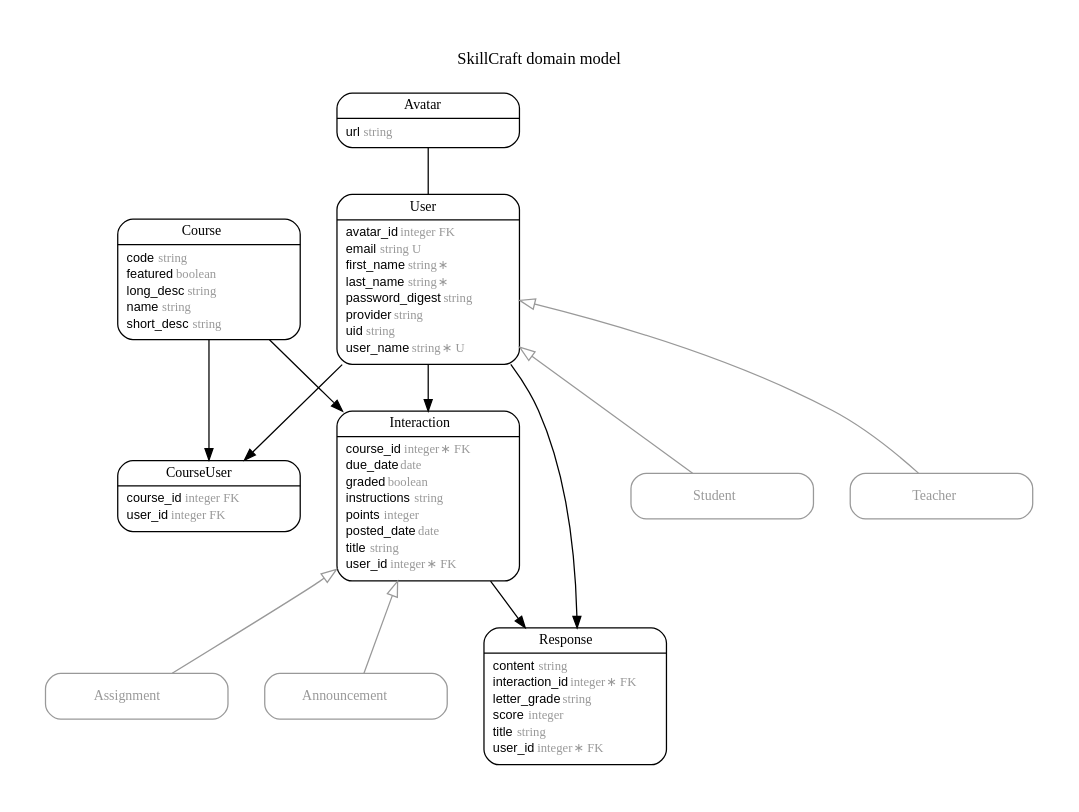
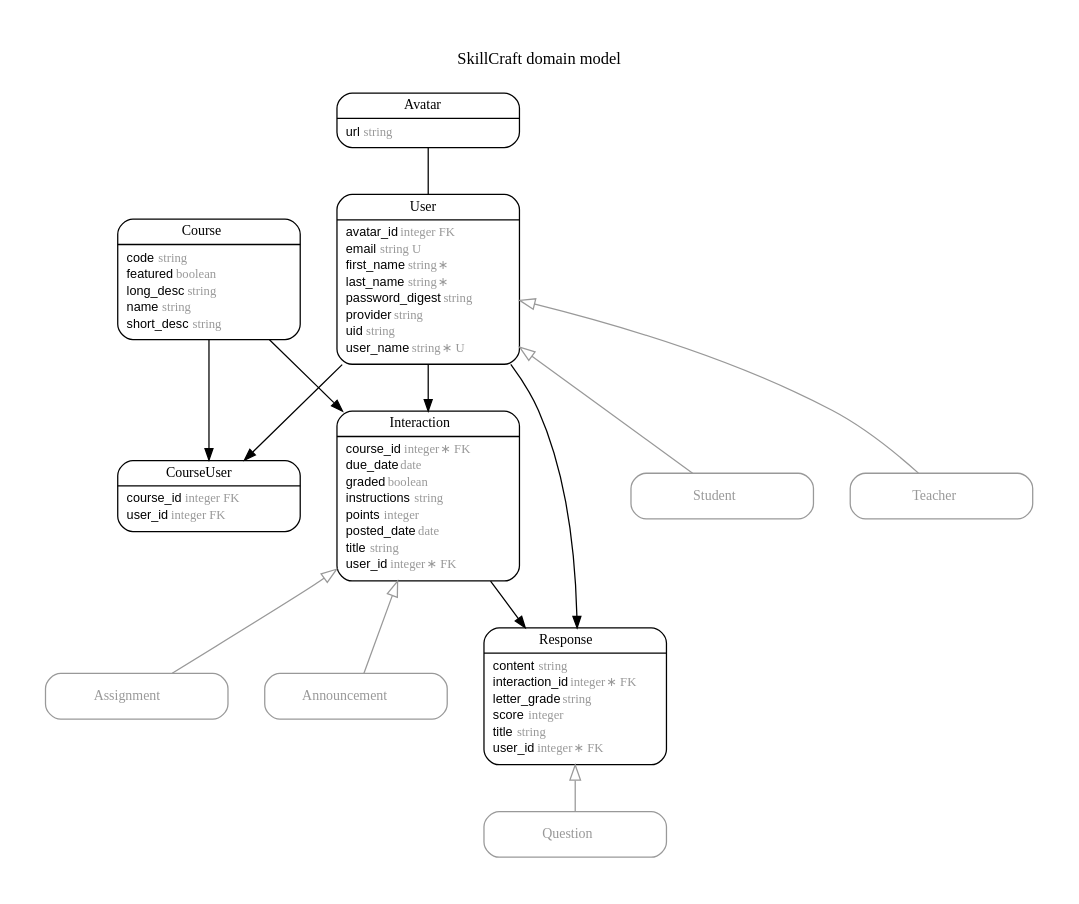
One commit to FergusDevelopmentLLC/skillcraft changed the diagram in erd.dot. Above: the diagram before and after it, drawn with Graphviz. The commit also changed 2 other files, not shown here.

```diff
--- a/erd.dot
+++ b/erd.dot
@@ -1,115 +1,120 @@
 digraph SkillCraft {
 rankdir = "LR";
 ranksep = "0.5";
 nodesep = "0.4";
 pad = "0.4,0.4";
 margin = "0,0";
 concentrate = "true";
 labelloc = "t";
 fontsize = "13";
 fontname = "Arial Bold";
 splines = "spline";
 node[ shape  =  "Mrecord" , fontsize  =  "10" , fontname  =  "Arial" , margin  =  "0.07,0.05" , penwidth  =  "1.0"];
 edge[ fontname  =  "Arial" , fontsize  =  "7" , dir  =  "both" , arrowsize  =  "0.9" , penwidth  =  "1.0" , labelangle  =  "32" , labeldistance  =  "1.8"];
 rankdir = "TB";
 label = "SkillCraft domain model\n\n";
 m_Announcement [color = "grey60", fontcolor = "grey60", label = <{<table border="0" align="center" cellspacing="0.5" cellpadding="0" width="134">
   <tr><td align="center" valign="bottom" width="130"><font face="Arial Bold" point-size="11">Announcement</font></td></tr>
 </table>
 }>];
 m_Assignment [color = "grey60", fontcolor = "grey60", label = <{<table border="0" align="center" cellspacing="0.5" cellpadding="0" width="134">
   <tr><td align="center" valign="bottom" width="130"><font face="Arial Bold" point-size="11">Assignment</font></td></tr>
 </table>
 }>];
 m_Avatar [label = <{<table border="0" align="center" cellspacing="0.5" cellpadding="0" width="134">
   <tr><td align="center" valign="bottom" width="130"><font face="Arial Bold" point-size="11">Avatar</font></td></tr>
 </table>
 |
 <table border="0" align="left" cellspacing="2" cellpadding="0" width="134">
   <tr><td align="left" width="130" port="url">url <font face="Arial Italic" color="grey60">string</font></td></tr>
 </table>
 }>];
 m_Course [label = <{<table border="0" align="center" cellspacing="0.5" cellpadding="0" width="134">
   <tr><td align="center" valign="bottom" width="130"><font face="Arial Bold" point-size="11">Course</font></td></tr>
 </table>
 |
 <table border="0" align="left" cellspacing="2" cellpadding="0" width="134">
   <tr><td align="left" width="130" port="code">code <font face="Arial Italic" color="grey60">string</font></td></tr>
   <tr><td align="left" width="130" port="featured">featured <font face="Arial Italic" color="grey60">boolean</font></td></tr>
   <tr><td align="left" width="130" port="long_desc">long_desc <font face="Arial Italic" color="grey60">string</font></td></tr>
   <tr><td align="left" width="130" port="name">name <font face="Arial Italic" color="grey60">string</font></td></tr>
   <tr><td align="left" width="130" port="short_desc">short_desc <font face="Arial Italic" color="grey60">string</font></td></tr>
 </table>
 }>];
 m_CourseUser [label = <{<table border="0" align="center" cellspacing="0.5" cellpadding="0" width="134">
   <tr><td align="center" valign="bottom" width="130"><font face="Arial Bold" point-size="11">CourseUser</font></td></tr>
 </table>
 |
 <table border="0" align="left" cellspacing="2" cellpadding="0" width="134">
   <tr><td align="left" width="130" port="course_id">course_id <font face="Arial Italic" color="grey60">integer FK</font></td></tr>
   <tr><td align="left" width="130" port="user_id">user_id <font face="Arial Italic" color="grey60">integer FK</font></td></tr>
 </table>
 }>];
 m_Interaction [label = <{<table border="0" align="center" cellspacing="0.5" cellpadding="0" width="134">
   <tr><td align="center" valign="bottom" width="130"><font face="Arial Bold" point-size="11">Interaction</font></td></tr>
 </table>
 |
 <table border="0" align="left" cellspacing="2" cellpadding="0" width="134">
   <tr><td align="left" width="130" port="course_id">course_id <font face="Arial Italic" color="grey60">integer ∗ FK</font></td></tr>
   <tr><td align="left" width="130" port="due_date">due_date <font face="Arial Italic" color="grey60">date</font></td></tr>
   <tr><td align="left" width="130" port="graded">graded <font face="Arial Italic" color="grey60">boolean</font></td></tr>
   <tr><td align="left" width="130" port="instructions">instructions <font face="Arial Italic" color="grey60">string</font></td></tr>
   <tr><td align="left" width="130" port="points">points <font face="Arial Italic" color="grey60">integer</font></td></tr>
   <tr><td align="left" width="130" port="posted_date">posted_date <font face="Arial Italic" color="grey60">date</font></td></tr>
   <tr><td align="left" width="130" port="title">title <font face="Arial Italic" color="grey60">string</font></td></tr>
   <tr><td align="left" width="130" port="user_id">user_id <font face="Arial Italic" color="grey60">integer ∗ FK</font></td></tr>
 </table>
 }>];
+m_Question [color = "grey60", fontcolor = "grey60", label = <{<table border="0" align="center" cellspacing="0.5" cellpadding="0" width="134">
+  <tr><td align="center" valign="bottom" width="130"><font face="Arial Bold" point-size="11">Question</font></td></tr>
+</table>
+}>];
 m_Response [label = <{<table border="0" align="center" cellspacing="0.5" cellpadding="0" width="134">
   <tr><td align="center" valign="bottom" width="130"><font face="Arial Bold" point-size="11">Response</font></td></tr>
 </table>
 |
 <table border="0" align="left" cellspacing="2" cellpadding="0" width="134">
   <tr><td align="left" width="130" port="content">content <font face="Arial Italic" color="grey60">string</font></td></tr>
   <tr><td align="left" width="130" port="interaction_id">interaction_id <font face="Arial Italic" color="grey60">integer ∗ FK</font></td></tr>
   <tr><td align="left" width="130" port="letter_grade">letter_grade <font face="Arial Italic" color="grey60">string</font></td></tr>
   <tr><td align="left" width="130" port="score">score <font face="Arial Italic" color="grey60">integer</font></td></tr>
   <tr><td align="left" width="130" port="title">title <font face="Arial Italic" color="grey60">string</font></td></tr>
   <tr><td align="left" width="130" port="user_id">user_id <font face="Arial Italic" color="grey60">integer ∗ FK</font></td></tr>
 </table>
 }>];
 m_Student [color = "grey60", fontcolor = "grey60", label = <{<table border="0" align="center" cellspacing="0.5" cellpadding="0" width="134">
   <tr><td align="center" valign="bottom" width="130"><font face="Arial Bold" point-size="11">Student</font></td></tr>
 </table>
 }>];
 m_Teacher [color = "grey60", fontcolor = "grey60", label = <{<table border="0" align="center" cellspacing="0.5" cellpadding="0" width="134">
   <tr><td align="center" valign="bottom" width="130"><font face="Arial Bold" point-size="11">Teacher</font></td></tr>
 </table>
 }>];
 m_User [label = <{<table border="0" align="center" cellspacing="0.5" cellpadding="0" width="134">
   <tr><td align="center" valign="bottom" width="130"><font face="Arial Bold" point-size="11">User</font></td></tr>
 </table>
 |
 <table border="0" align="left" cellspacing="2" cellpadding="0" width="134">
   <tr><td align="left" width="130" port="avatar_id">avatar_id <font face="Arial Italic" color="grey60">integer FK</font></td></tr>
   <tr><td align="left" width="130" port="email">email <font face="Arial Italic" color="grey60">string U</font></td></tr>
   <tr><td align="left" width="130" port="first_name">first_name <font face="Arial Italic" color="grey60">string ∗</font></td></tr>
   <tr><td align="left" width="130" port="last_name">last_name <font face="Arial Italic" color="grey60">string ∗</font></td></tr>
   <tr><td align="left" width="130" port="password_digest">password_digest <font face="Arial Italic" color="grey60">string</font></td></tr>
   <tr><td align="left" width="130" port="provider">provider <font face="Arial Italic" color="grey60">string</font></td></tr>
   <tr><td align="left" width="130" port="uid">uid <font face="Arial Italic" color="grey60">string</font></td></tr>
   <tr><td align="left" width="130" port="user_name">user_name <font face="Arial Italic" color="grey60">string ∗ U</font></td></tr>
 </table>
 }>];
   m_Interaction -> m_Announcement [color = "grey60", arrowtail = "onormal", arrowhead = "none", arrowsize = "1.2"];
   m_Interaction -> m_Assignment [color = "grey60", arrowtail = "onormal", arrowhead = "none", arrowsize = "1.2"];
+  m_Response -> m_Question [color = "grey60", arrowtail = "onormal", arrowhead = "none", arrowsize = "1.2"];
   m_User -> m_Student [color = "grey60", arrowtail = "onormal", arrowhead = "none", arrowsize = "1.2"];
   m_User -> m_Teacher [color = "grey60", arrowtail = "onormal", arrowhead = "none", arrowsize = "1.2"];
-  m_User -> m_Response [arrowhead = "normal", arrowtail = "none", weight = "4"];
+  m_User -> m_Response [arrowhead = "normal", arrowtail = "none", weight = "5"];
   m_User -> m_Interaction [arrowhead = "normal", arrowtail = "none", weight = "6"];
   m_User -> m_CourseUser [arrowhead = "normal", arrowtail = "none", weight = "4"];
   m_Avatar -> m_User [arrowhead = "none", arrowtail = "none", weight = "4"];
   m_Course -> m_Interaction [arrowhead = "normal", arrowtail = "none", weight = "4"];
-  m_Interaction -> m_Response [arrowhead = "normal", arrowtail = "none", weight = "4"];
+  m_Interaction -> m_Response [arrowhead = "normal", arrowtail = "none", weight = "5"];
   m_Course -> m_CourseUser [arrowhead = "normal", arrowtail = "none", weight = "2"];
 }
```
